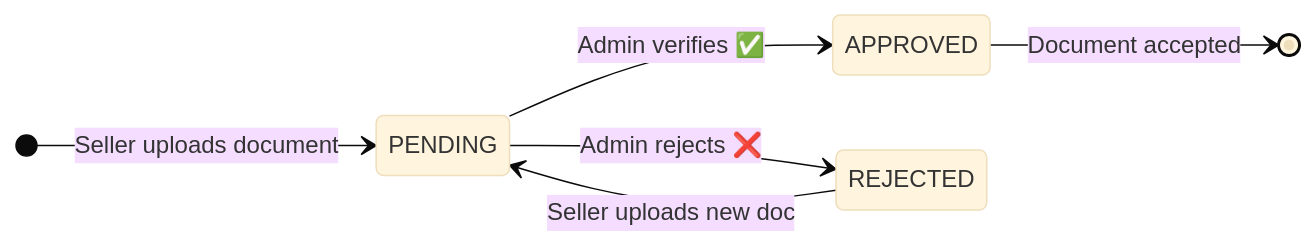
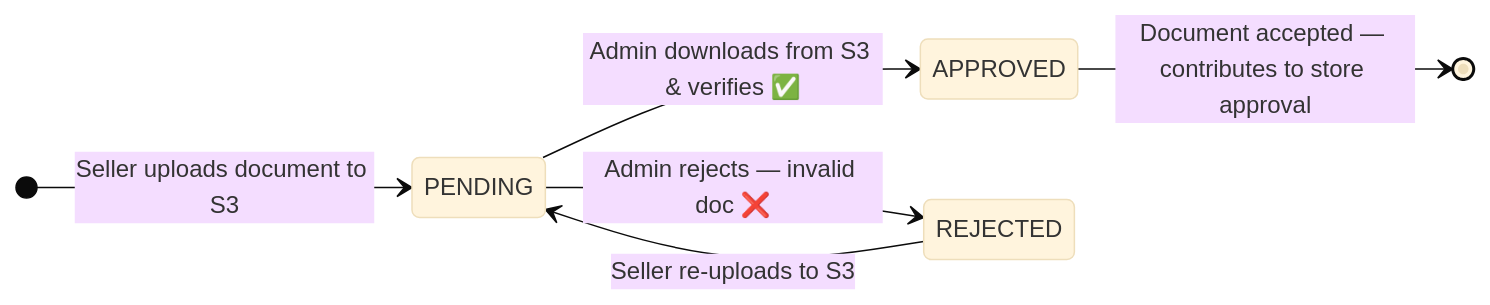
Before and after one commit to tayeb736/prohect12: the tenth of 10 diagrams in diagrams/03_state_machine_diagram.md, drawn with Mermaid (base theme). The commit also changed other lines of this file and 7 other files, not shown here.

Commit message:
docs: update all UML diagrams — add PostgreSQL, Redis, S3, Stripe, SendGrid, KYC, Swagger per readme2 & README3

````diff
--- a/diagrams/03_state_machine_diagram.md
+++ b/diagrams/03_state_machine_diagram.md
@@ -142,9 +195,9 @@
 ```mermaid
 stateDiagram-v2
   direction LR
-  [*] --> PENDING : Seller uploads document
-  PENDING --> APPROVED : Admin verifies ✅
-  PENDING --> REJECTED : Admin rejects ❌
-  REJECTED --> PENDING : Seller uploads new doc
-  APPROVED --> [*] : Document accepted
+  [*] --> PENDING : Seller uploads document to S3
+  PENDING --> APPROVED : Admin downloads from S3 & verifies ✅
+  PENDING --> REJECTED : Admin rejects — invalid doc ❌
+  REJECTED --> PENDING : Seller re-uploads to S3
+  APPROVED --> [*] : Document accepted — contributes to store approval
 ```
````
